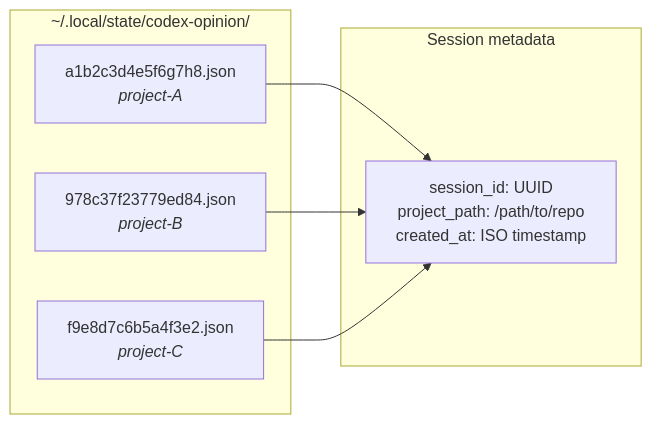
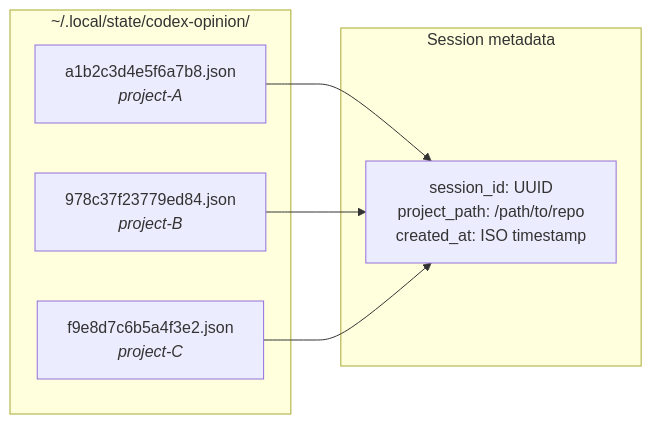
Before and after one commit to ehzawad/codex-opinion: the third of 4 diagrams in README.md, drawn with Mermaid. The commit also changed other lines of this file and 3 other files, not shown here.

````diff
--- a/README.md
+++ b/README.md
@@ -82,16 +82,16 @@
 ```mermaid
 graph LR
     subgraph "~/.local/state/codex-opinion/"
-        A["a1b2c3d4e5f6g7h8.json<br/><i>project-A</i>"]
+        A["a1b2c3d4e5f6a7b8.json<br/><i>project-A</i>"]
         B["978c37f23779ed84.json<br/><i>project-B</i>"]
         C["f9e8d7c6b5a4f3e2.json<br/><i>project-C</i>"]
     end
 
     subgraph "Session metadata"
         D["session_id: UUID<br/>project_path: /path/to/repo<br/>created_at: ISO timestamp"]
     end
 
     A --> D
     B --> D
     C --> D
 ```
````
